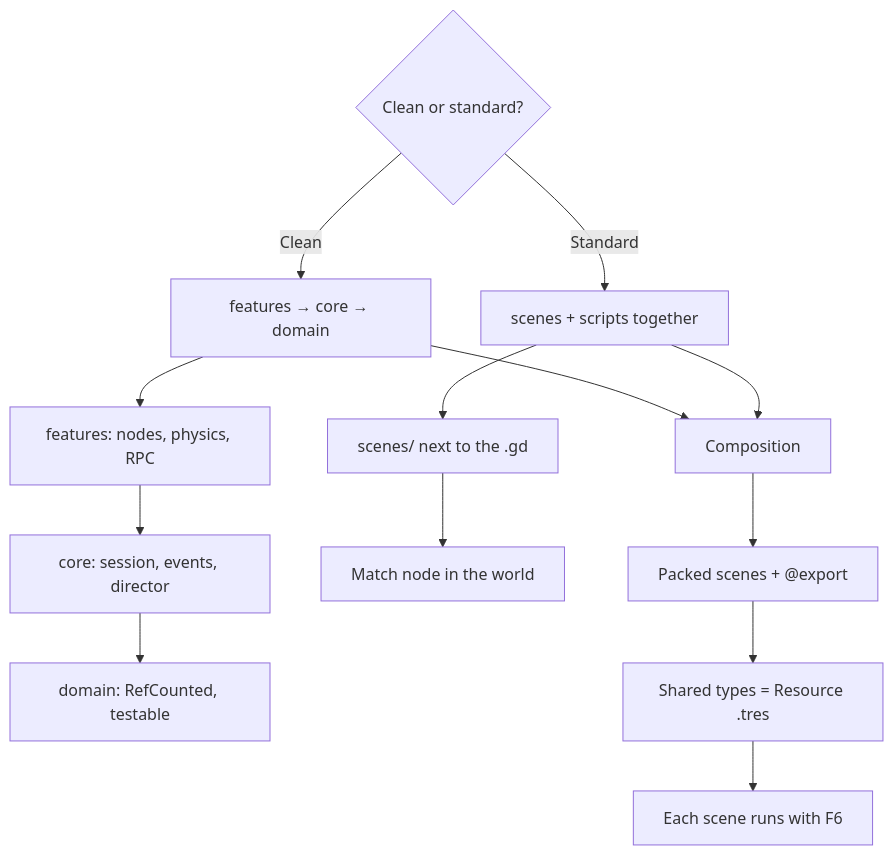
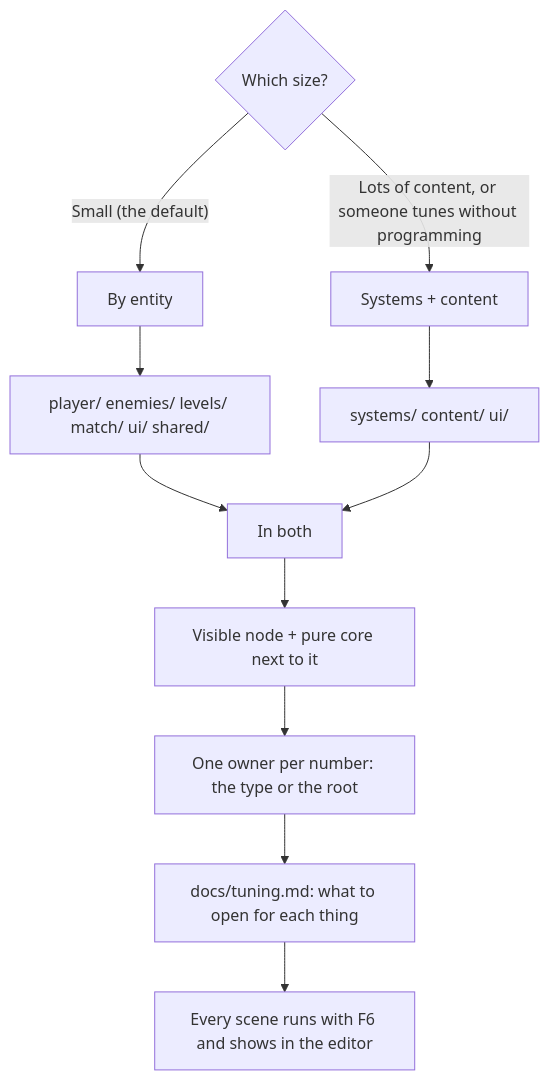
Before and after one commit to Joelnicolass/godot-studio-skills: the second of 4 diagrams in docs/architecture.md, drawn with Mermaid. The commit also changed other lines of this file and 312 other files, not shown here.

````diff
--- a/docs/architecture.md
+++ b/docs/architecture.md
@@ -74,21 +74,18 @@
 ```mermaid
 flowchart TB
-  ask{Clean or standard?}
+  ask{Which size?}
 
-  ask -->|Clean| clean[features → core → domain]
-  ask -->|Standard| std[scenes + scripts together]
+  ask -->|"Small (the default)"| ent[By entity]
+  ask -->|"Lots of content, or someone tunes without programming"| sys["Systems + content"]
 
-  clean --> feat[features: nodes, physics, RPC]
-  feat --> core[core: session, events, director]
-  core --> domain[domain: RefCounted, testable]
+  ent --> entf["player/ enemies/ levels/ match/ ui/ shared/"]
+  sys --> sysf["systems/ content/ ui/"]
 
-  std --> scenes[scenes/ next to the .gd]
-  scenes --> match[Match node in the world]
+  entf --> common[In both]
+  sysf --> common
 
-  clean --> shared[Composition]
-  std --> shared
-
-  shared --> packed[Packed scenes + @export]
-  packed --> tres[Shared types = Resource .tres]
-  tres --> f6[Each scene runs with F6]
+  common --> node["Visible node + pure core next to it"]
+  node --> owner["One owner per number: the type or the root"]
+  owner --> tuning["docs/tuning.md: what to open for each thing"]
+  tuning --> f6[Every scene runs with F6 and shows in the editor]
 ```
````
